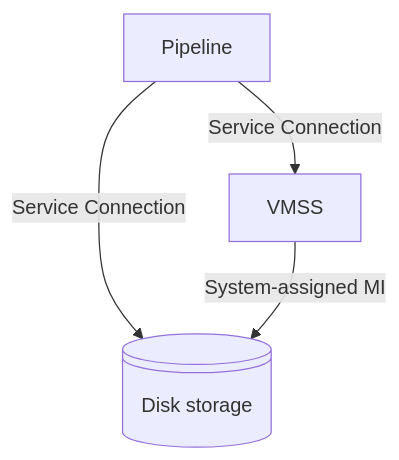
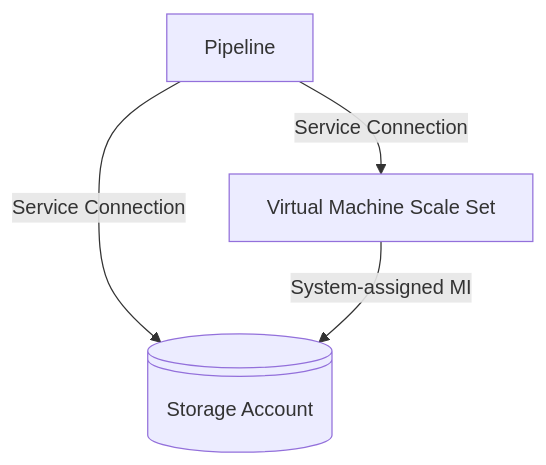
The diagram in tasks/AzureVmssDeployment/README.md (geekzter/azure-pipeline-examples), drawn with Mermaid before and after one commit.

````diff
--- a/tasks/AzureVmssDeployment/README.md
+++ b/tasks/AzureVmssDeployment/README.md
@@ -3,7 +3,7 @@
 ```mermaid
 graph TD;
-    Storage@{ shape: lin-cyl, label: "Disk storage" };
+    Storage@{ shape: lin-cyl, label: "Storage Account" };
     Pipeline-->|Service Connection| Storage;
     Pipeline-->|Service Connection| VMSS;
-    VMSS-->|System-assigned MI| Storage;
+    VMSS[Virtual Machine Scale Set]-->|System-assigned MI| Storage;
 ```
````
